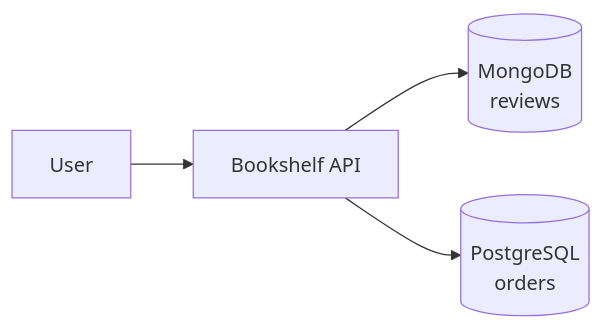
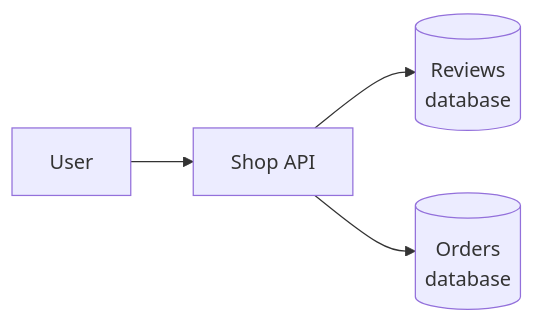
The second of 2 diagrams in docs/think-like-a-tester/learning-a-new-testing-area/the-9-step-playbook.md (arshaduzzaman-sm/zero-to-sdet), drawn with Mermaid before and after one commit. The commit also changed other lines of this file and 10 other files, not shown here.

````diff
--- a/docs/think-like-a-tester/learning-a-new-testing-area/the-9-step-playbook.md
+++ b/docs/think-like-a-tester/learning-a-new-testing-area/the-9-step-playbook.md
@@ -101,6 +112,6 @@
     ```mermaid
     flowchart LR
-        U["User"] --> A["Bookshelf API"]
-        A --> M[("MongoDB<br/>reviews")]
-        A --> P[("PostgreSQL<br/>orders")]
+        U["User"] --> A["Shop API"]
+        A --> M[("Reviews<br/>database")]
+        A --> P[("Orders<br/>database")]
     ```
````
